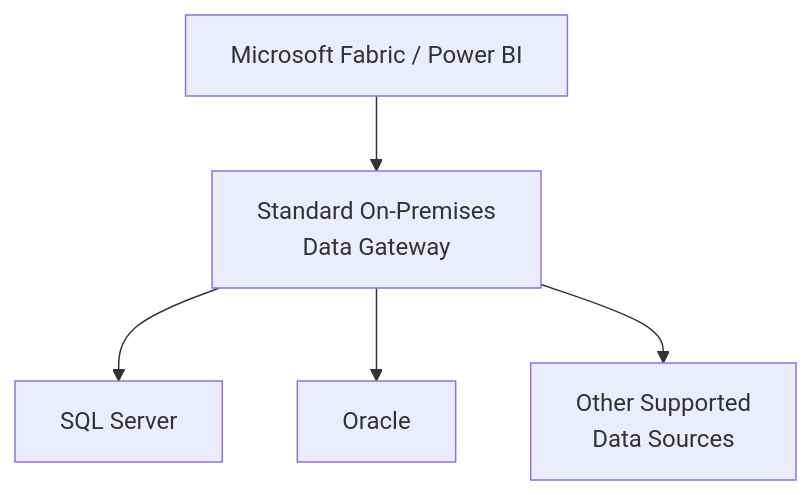
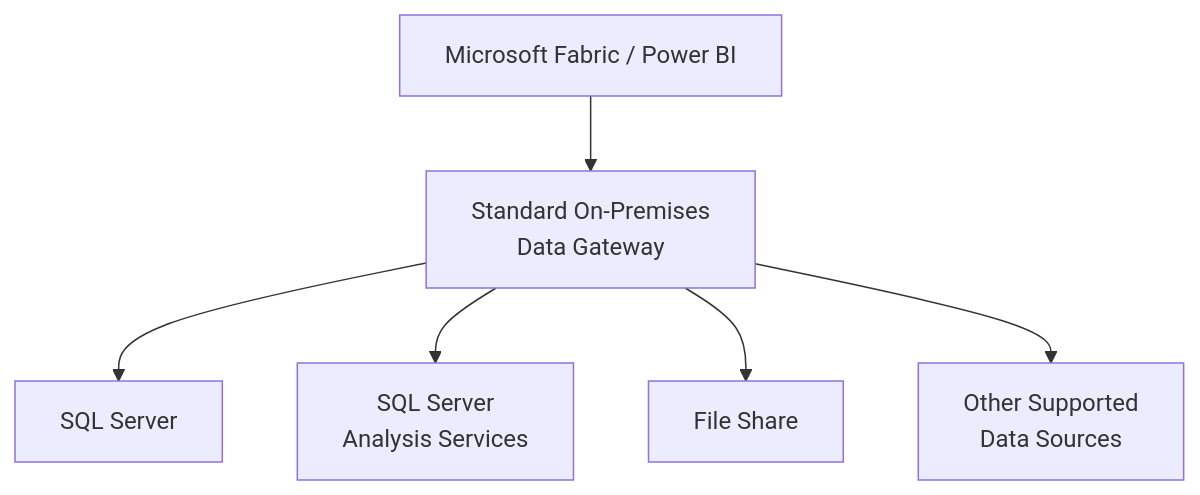
Before and after one commit to Meaza-Gebreselassie/microsoft-fabric-architect-playbook: the second of 9 diagrams in 10-monitoring-admin/gateway.md, drawn with Mermaid. The commit also changed other lines of this file, not shown here.

````diff
--- a/10-monitoring-admin/gateway.md
+++ b/10-monitoring-admin/gateway.md
@@ -75,13 +77,17 @@
 ```mermaid
 flowchart TD
     A["Microsoft Fabric / Power BI"]
     B["Standard On-Premises<br/>Data Gateway"]
+
     C["SQL Server"]
-    D["Oracle"]
-    E["Other Supported<br/>Data Sources"]
+    D["SQL Server<br/>Analysis Services"]
+    E["File Share"]
+    F["Other Supported<br/>Data Sources"]
 
     A --> B
+
     B --> C
     B --> D
     B --> E
+    B --> F
 ```
````
